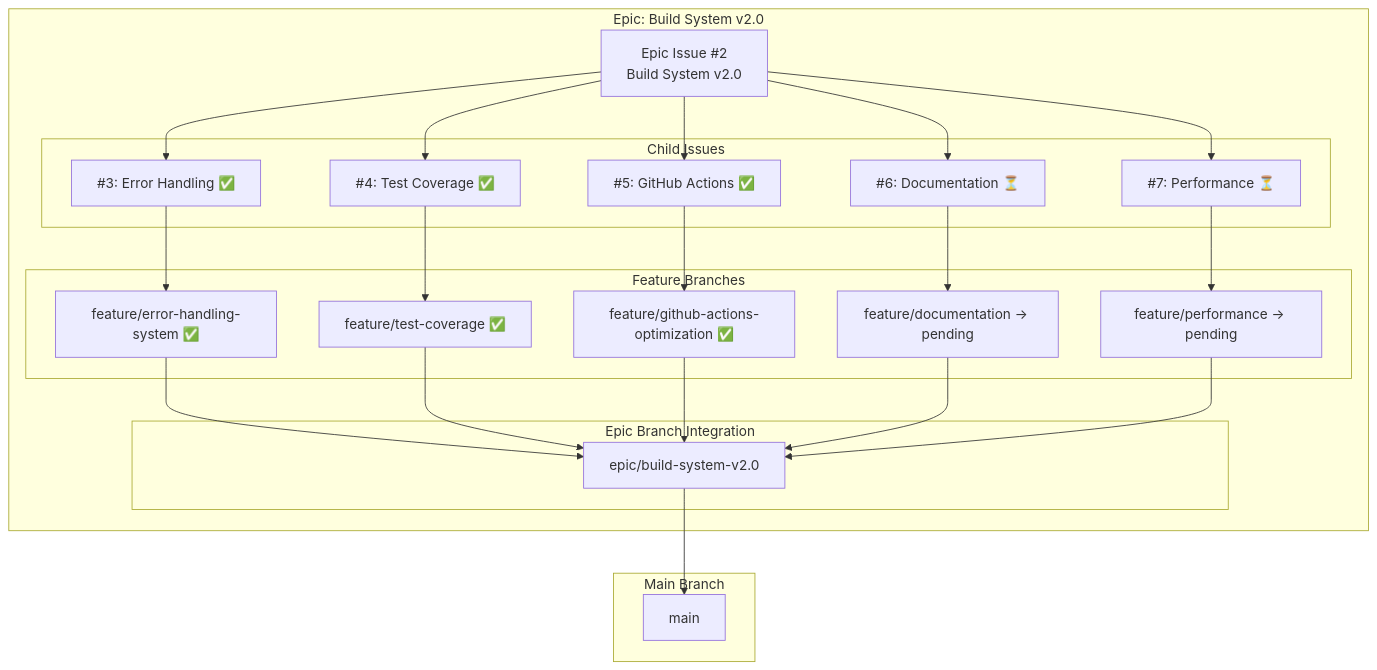
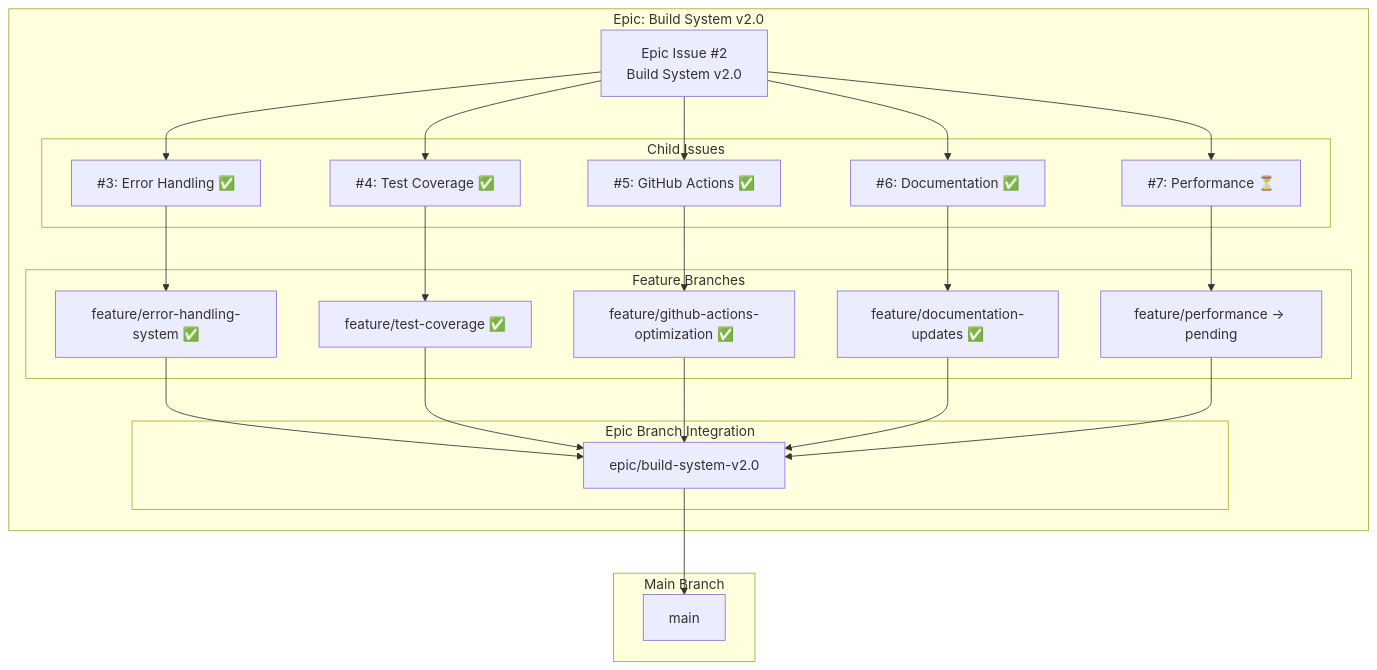
Before and after one commit to info-tech-io/hugo-templates: the first of 5 diagrams in docs/epic-progress-visual.md, drawn with Mermaid. The commit also changed other lines of this file, not shown here.

````diff
--- a/docs/epic-progress-visual.md
+++ b/docs/epic-progress-visual.md
@@ -5,50 +5,50 @@
 ```mermaid
 graph TB
     subgraph "Epic: Build System v2.0"
         E[Epic Issue #2<br/>Build System v2.0]
 
         subgraph "Child Issues"
             C1[#3: Error Handling ✅]
             C2[#4: Test Coverage ✅]
             C3[#5: GitHub Actions ✅]
-            C4[#6: Documentation ⏳]
+            C4[#6: Documentation ✅]
             C5[#7: Performance ⏳]
         end
 
         subgraph "Feature Branches"
             F1[feature/error-handling-system ✅]
             F2[feature/test-coverage ✅]
             F3[feature/github-actions-optimization ✅]
-            F4[feature/documentation → pending]
+            F4[feature/documentation-updates ✅]
             F5[feature/performance → pending]
         end
 
         subgraph "Epic Branch Integration"
             EB[epic/build-system-v2.0]
         end
 
         E --> C1
         E --> C2
         E --> C3
         E --> C4
         E --> C5
 
         C1 --> F1
         C2 --> F2
         C3 --> F3
         C4 --> F4
         C5 --> F5
 
         F1 --> EB
         F2 --> EB
         F3 --> EB
         F4 --> EB
         F5 --> EB
     end
 
     subgraph "Main Branch"
         M[main]
     end
 
     EB --> M
 ```
````
